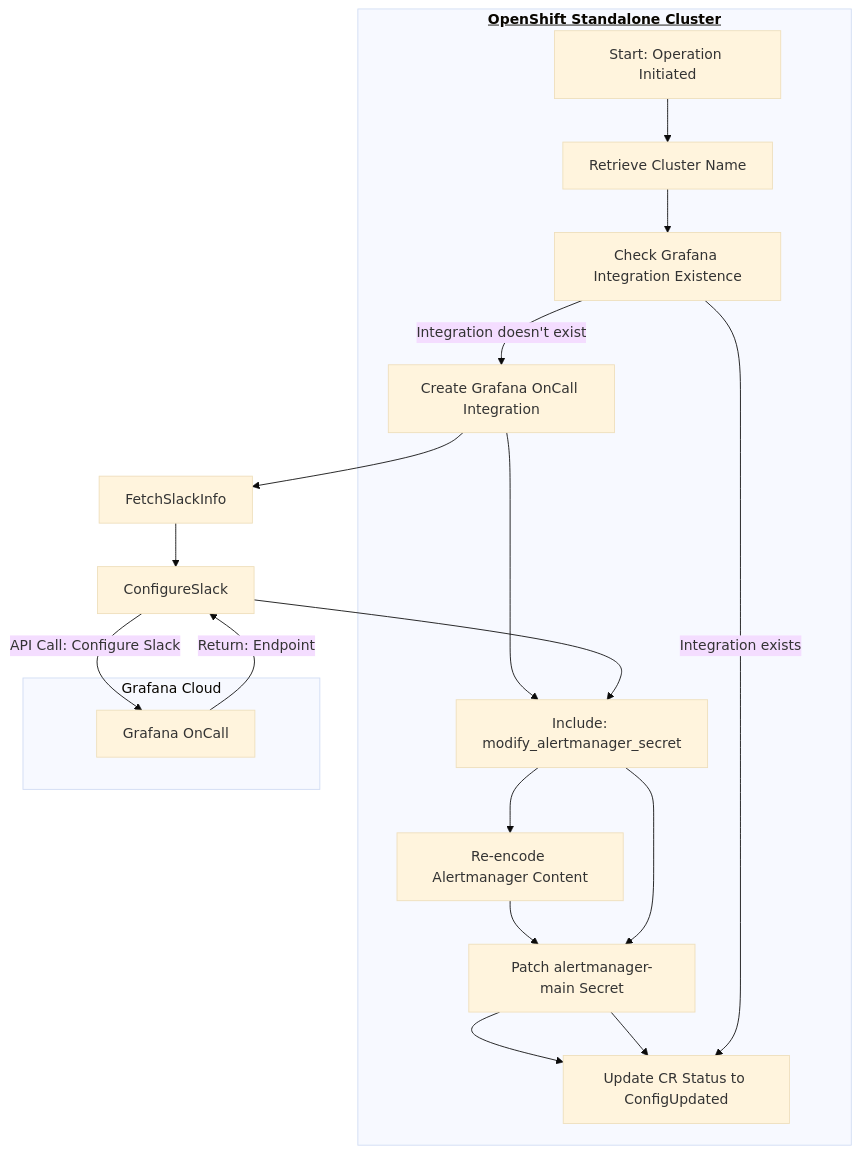
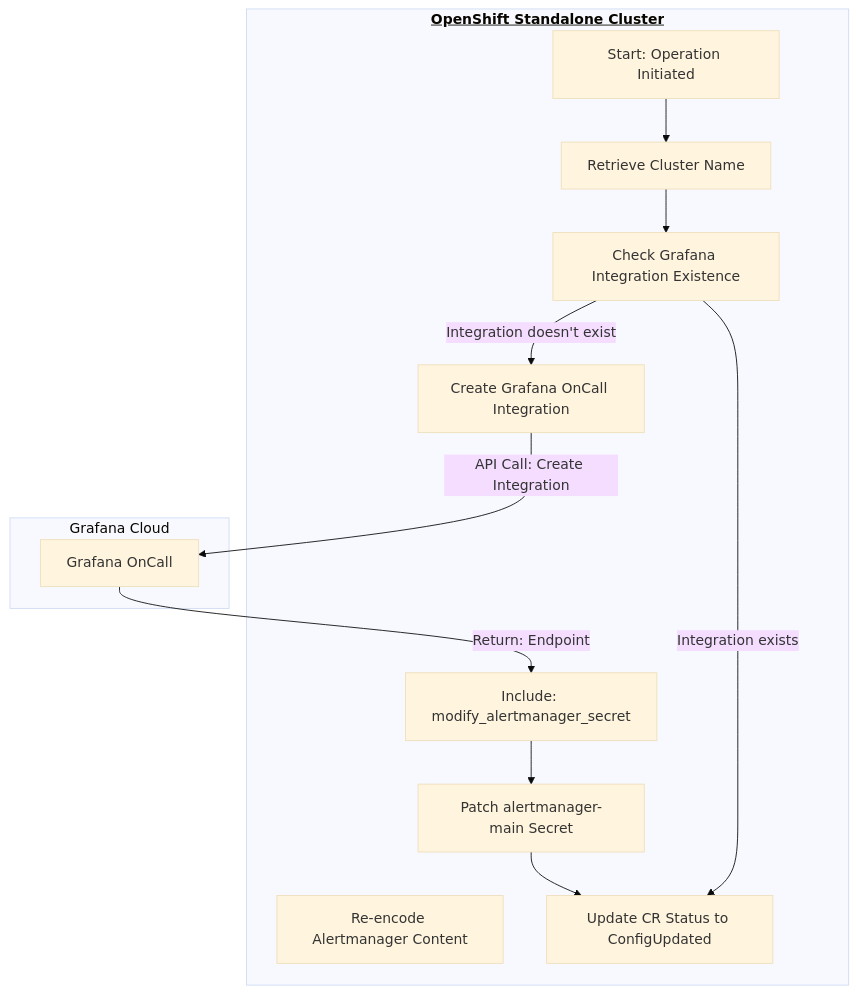
Before and after one commit to stakater/grafana-cloud-ansible-operator: the second of 2 diagrams in README.md, drawn with Mermaid (base theme). The commit also changed other lines of this file, not shown here.

Commit message:
updating readme for standalone mode for slackId

````diff
--- a/README.md
+++ b/README.md
@@ -99,34 +99,27 @@
     ```mermaid
     graph TD
 
         subgraph "<u><b>OpenShift Standalone Cluster</b></u>"
             Init[Start: Operation Initiated]
             GetClusterName[Retrieve Cluster Name]
             CheckIntegration[Check Grafana Integration Existence]
             CreateIntegration[Create Grafana OnCall Integration]
             ModSecret[Include: modify_alertmanager_secret]
             Reencode[Re-encode Alertmanager Content]
             PatchSecret[Patch alertmanager-main Secret]
             UpdateCR[Update CR Status to ConfigUpdated]
             Init --> GetClusterName
             GetClusterName --> CheckIntegration
             CheckIntegration -- Integration doesn't exist --> CreateIntegration
-            CreateIntegration --> ModSecret
-            ModSecret --> Reencode
-            Reencode --> PatchSecret
-            PatchSecret --> UpdateCR
         end
 
         subgraph "Grafana Cloud"
             GO[Grafana OnCall]
         end
 
-        CreateIntegration --> FetchSlackInfo
-        FetchSlackInfo --> ConfigureSlack
-        ConfigureSlack -->|API Call: Configure Slack| GO
-        GO -->|Return: Endpoint| ConfigureSlack
-        ConfigureSlack --> ModSecret
+        CreateIntegration --> |API Call: Create Integration| GO
+        GO -->|Return: Endpoint| ModSecret
         ModSecret --> PatchSecret
         PatchSecret --> UpdateCR
         CheckIntegration -- Integration exists --> UpdateCR
     ```
````
